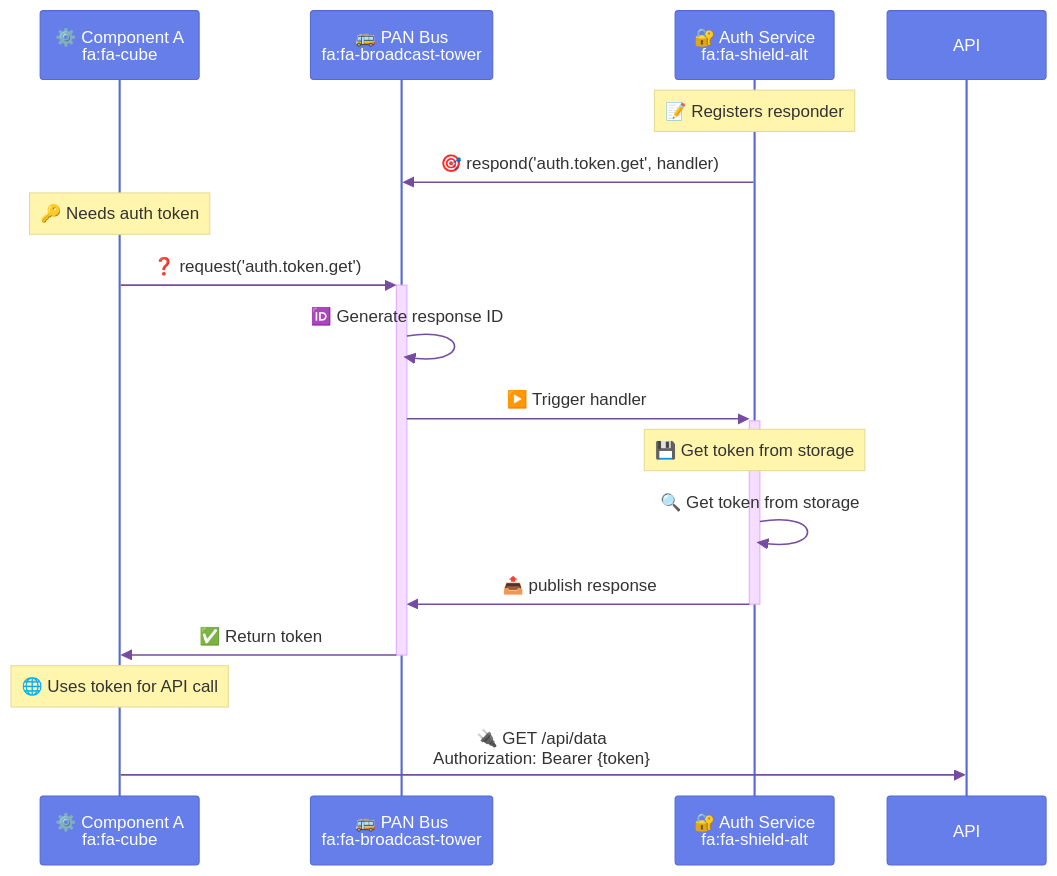
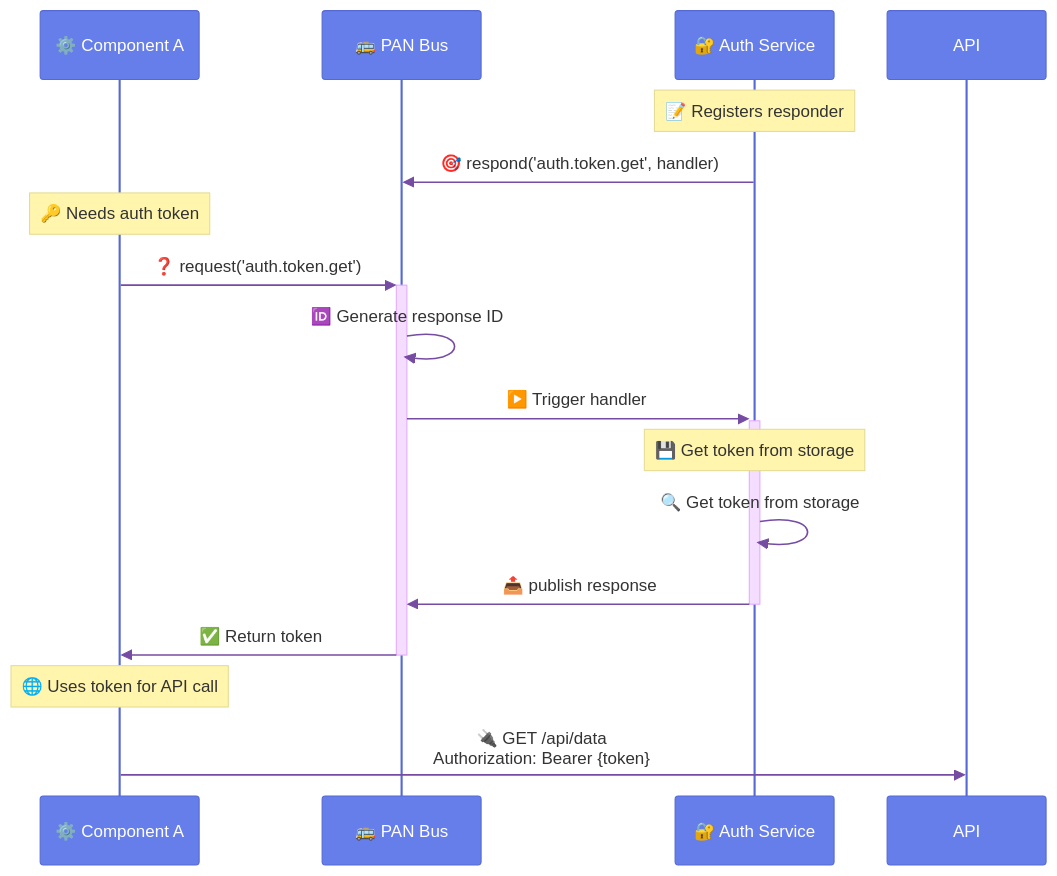
One commit to larcjs/larc changed the fifth of 10 diagrams in docs/books/learning-larc/diagrams/05-pan-bus.md. Above: the diagram before and after it, drawn with Mermaid. The commit also changed other lines of this file and 1 other file, not shown here.

First line of the commit message:
fix: remove FontAwesome icon references from diagrams

````diff
--- a/docs/books/learning-larc/diagrams/05-pan-bus.md
+++ b/docs/books/learning-larc/diagrams/05-pan-bus.md
@@ -174,25 +174,25 @@
 ```mermaid
 %%{init: {'theme':'base', 'themeVariables': { 'actorBkg':'#667eea','actorBorder':'#5568d3','actorTextColor':'#fff','signalColor':'#764ba2'}}}%%
 sequenceDiagram
-    participant Requester as ⚙️ Component A<br/>fa:fa-cube
-    participant PAN as 🚌 PAN Bus<br/>fa:fa-broadcast-tower
-    participant Responder as 🔐 Auth Service<br/>fa:fa-shield-alt
+    participant Requester as ⚙️ Component A
+    participant PAN as 🚌 PAN Bus
+    participant Responder as 🔐 Auth Service
 
     Note over Responder: 📝 Registers responder
     Responder->>PAN: 🎯 respond('auth.token.get', handler)
 
     Note over Requester: 🔑 Needs auth token
     Requester->>+PAN: ❓ request('auth.token.get')
 
     PAN->>PAN: 🆔 Generate response ID
     PAN->>+Responder: ▶️ Trigger handler
 
     Note over Responder: 💾 Get token from storage
     Responder->>Responder: 🔍 Get token from storage
     Responder->>-PAN: 📤 publish response
 
     PAN->>-Requester: ✅ Return token
 
     Note over Requester: 🌐 Uses token for API call
     Requester->>API: 🔌 GET /api/data<br/>Authorization: Bearer {token}
 ```
````
